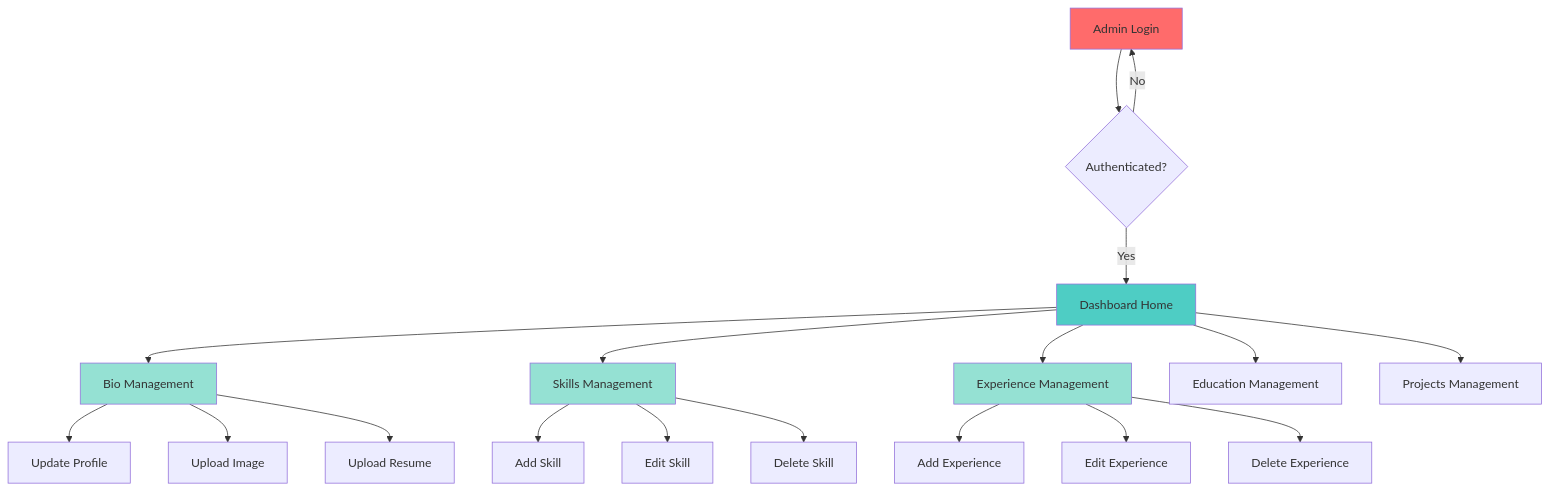
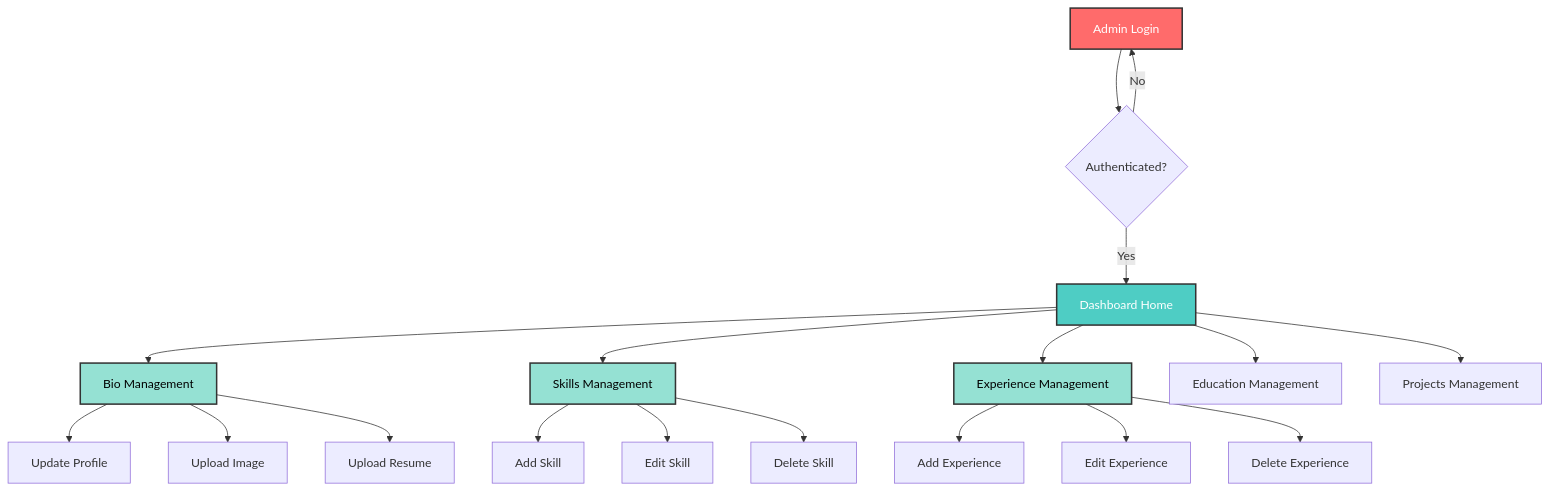
One commit to CodeCommandBD/ProtfolioNext changed the seventh of 7 diagrams in README.md. Above: the diagram before and after it, drawn with Mermaid. The commit also changed other lines of this file and 1 other file, not shown here.

Commit message:
docs: Delete `.env.example` and update `README.md` with new Mermaid diagrams, empty environment variable examples, and removed sections.

````diff
--- a/README.md
+++ b/README.md
@@ -589,30 +636,30 @@
 ```mermaid
 graph TD
     A[Admin Login] --> B{Authenticated?}
     B -->|Yes| C[Dashboard Home]
     B -->|No| A
 
     C --> D[Bio Management]
     C --> E[Skills Management]
     C --> F[Experience Management]
     C --> G[Education Management]
     C --> H[Projects Management]
 
     D --> I[Update Profile]
     D --> J[Upload Image]
     D --> K[Upload Resume]
 
     E --> L[Add Skill]
     E --> M[Edit Skill]
     E --> N[Delete Skill]
 
     F --> O[Add Experience]
     F --> P[Edit Experience]
     F --> Q[Delete Experience]
 
-    style A fill:#FF6B6B
-    style C fill:#4ECDC4
-    style D fill:#95E1D3
-    style E fill:#95E1D3
-    style F fill:#95E1D3
+    style A fill:#FF6B6B,stroke:#333,stroke-width:2px,color:#fff
+    style C fill:#4ECDC4,stroke:#333,stroke-width:2px,color:#fff
+    style D fill:#95E1D3,stroke:#333,stroke-width:2px,color:#000
+    style E fill:#95E1D3,stroke:#333,stroke-width:2px,color:#000
+    style F fill:#95E1D3,stroke:#333,stroke-width:2px,color:#000
 ```
````
